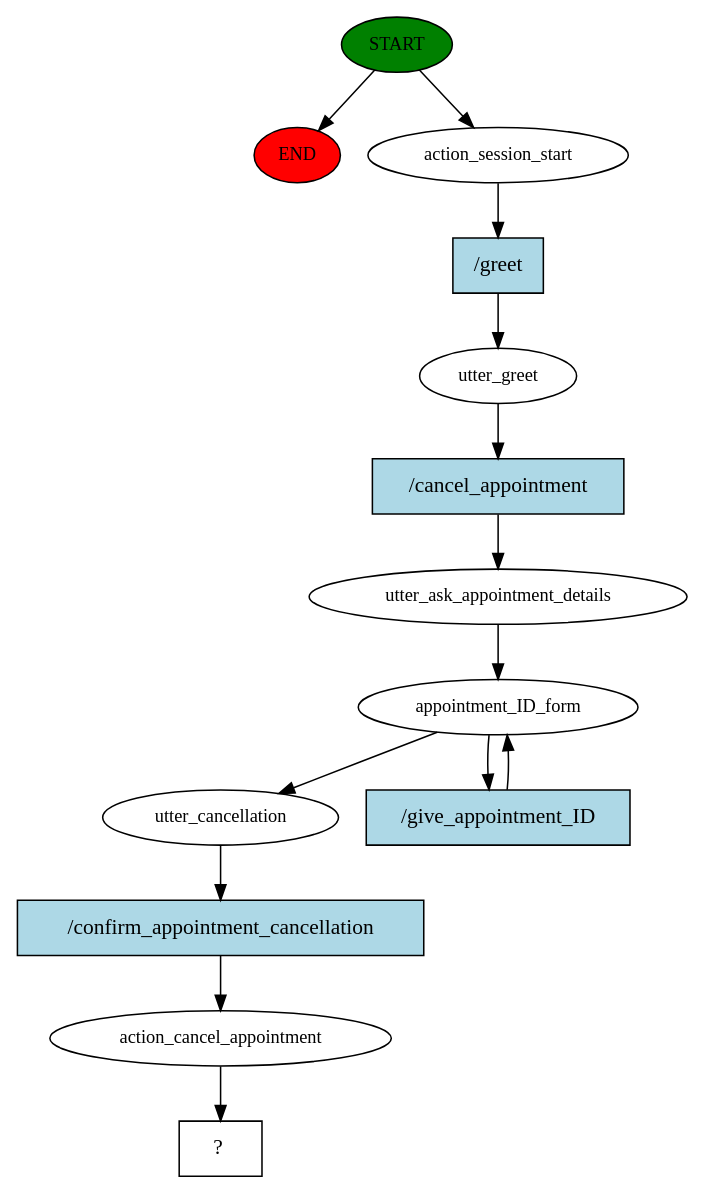
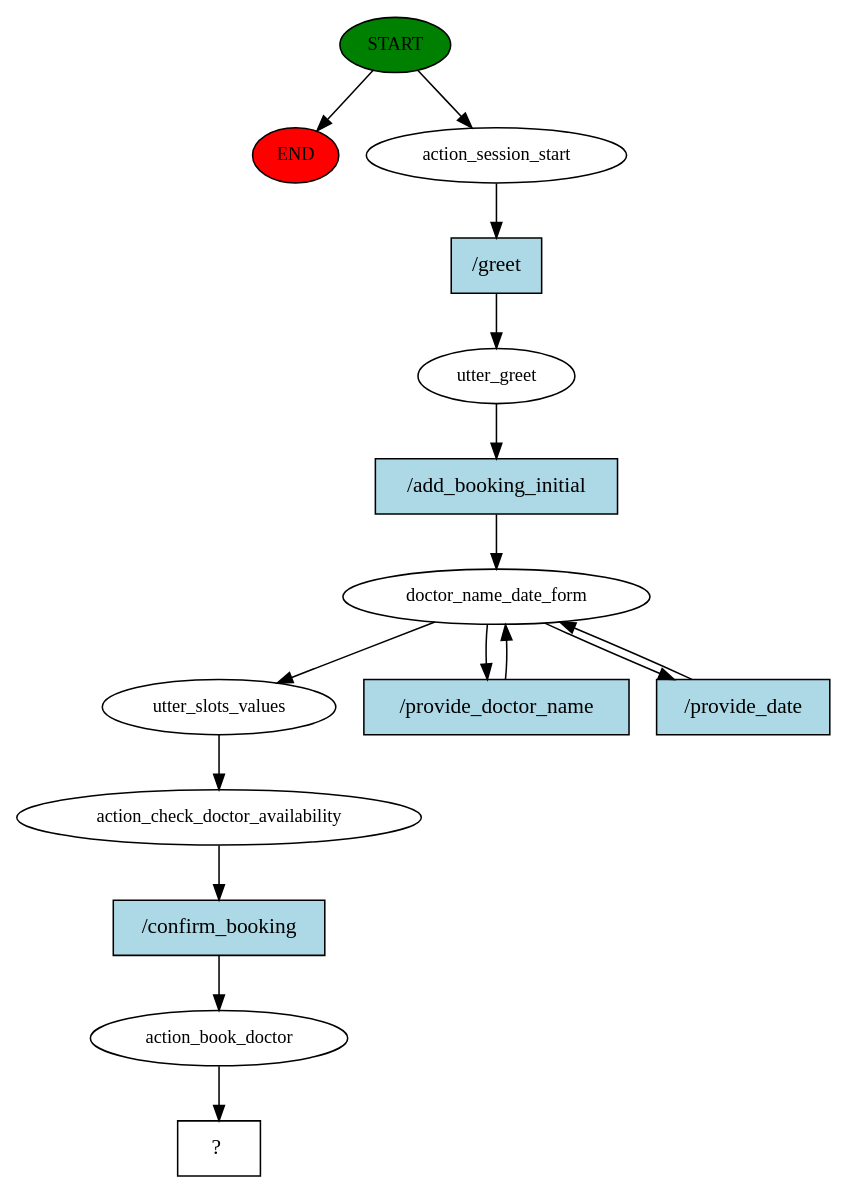
One commit to RuwanUdayanga/Chatbot3.0 changed the diagram in story_graph.dot. Above: the diagram before and after it, drawn with Graphviz. The commit also changed 5 other files, not shown here.

Commit message:
Small changes to booking and cancellation.

```diff
--- a/story_graph.dot
+++ b/story_graph.dot
@@ -1,28 +1,31 @@
 digraph  {
 0 [class="start active", fillcolor=green, fontsize=12, label=START, style=filled];
 "-1" [class=end, fillcolor=red, fontsize=12, label=END, style=filled];
 1 [class=active, fontsize=12, label=action_session_start];
 2 [class=active, fontsize=12, label=utter_greet];
-3 [class=active, fontsize=12, label=utter_ask_appointment_details];
-4 [class=active, fontsize=12, label=appointment_ID_form];
-6 [class=active, fontsize=12, label=utter_cancellation];
-7 [class=active, fontsize=12, label=action_cancel_appointment];
-8 [class="intent dashed active", label="  ?  ", shape=rect];
-9 [class="intent active", fillcolor=lightblue, label="/greet", shape=rect, style=filled];
-10 [class="intent active", fillcolor=lightblue, label="/cancel_appointment", shape=rect, style=filled];
-11 [class="intent active", fillcolor=lightblue, label="/give_appointment_ID", shape=rect, style=filled];
-12 [class="intent active", fillcolor=lightblue, label="/confirm_appointment_cancellation", shape=rect, style=filled];
+3 [class=active, fontsize=12, label=doctor_name_date_form];
+6 [class=active, fontsize=12, label=utter_slots_values];
+7 [class=active, fontsize=12, label=action_check_doctor_availability];
+8 [class=active, fontsize=12, label=action_book_doctor];
+9 [class="intent dashed active", label="  ?  ", shape=rect];
+10 [class="intent active", fillcolor=lightblue, label="/greet", shape=rect, style=filled];
+11 [class="intent active", fillcolor=lightblue, label="/add_booking_initial", shape=rect, style=filled];
+12 [class="intent active", fillcolor=lightblue, label="/provide_doctor_name", shape=rect, style=filled];
+13 [class="intent active", fillcolor=lightblue, label="/provide_date", shape=rect, style=filled];
+14 [class="intent active", fillcolor=lightblue, label="/confirm_booking", shape=rect, style=filled];
 0 -> "-1"  [class="", key=NONE, label=""];
 0 -> 1  [class=active, key=NONE, label=""];
-1 -> 9  [class=active, key=0];
-2 -> 10  [class=active, key=0];
-3 -> 4  [class=active, key=NONE, label=""];
-4 -> 6  [class=active, key=NONE, label=""];
-4 -> 11  [class=active, key=0];
-6 -> 12  [class=active, key=0];
-7 -> 8  [class=active, key=NONE, label=""];
-9 -> 2  [class=active, key=0];
-10 -> 3  [class=active, key=0];
-11 -> 4  [class=active, key=0];
-12 -> 7  [class=active, key=0];
+1 -> 10  [class=active, key=0];
+2 -> 11  [class=active, key=0];
+3 -> 6  [class=active, key=NONE, label=""];
+3 -> 12  [class=active, key=0];
+3 -> 13  [class=active, key=0];
+6 -> 7  [class=active, key=NONE, label=""];
+7 -> 14  [class=active, key=0];
+8 -> 9  [class=active, key=NONE, label=""];
+10 -> 2  [class=active, key=0];
+11 -> 3  [class=active, key=0];
+12 -> 3  [class=active, key=0];
+13 -> 3  [class=active, key=0];
+14 -> 8  [class=active, key=0];
 }
```
